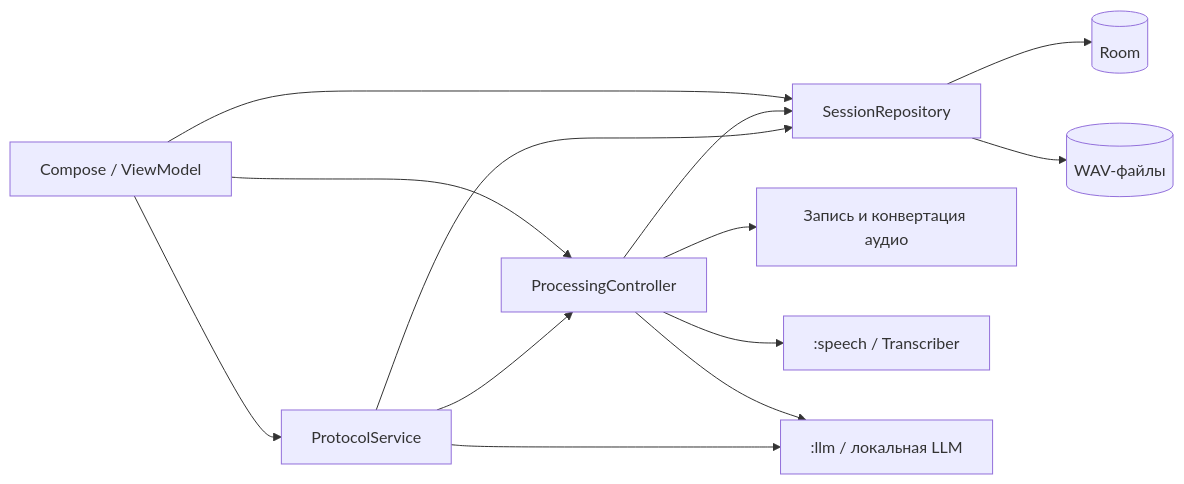
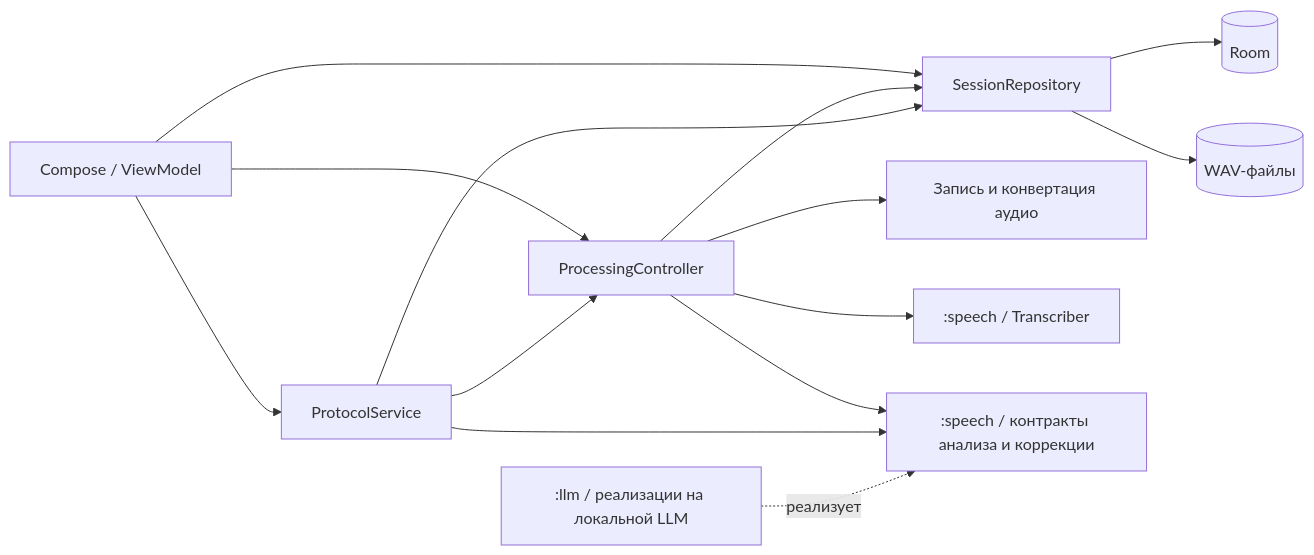
One commit to god4claw/onwin changed the first of 2 diagrams in docs/ARCHITECTURE_APP.md. Above: the diagram before and after it, drawn with Mermaid. The commit also changed other lines of this file and 2 other files, not shown here.

````diff
--- a/docs/ARCHITECTURE_APP.md
+++ b/docs/ARCHITECTURE_APP.md
@@ -34,15 +34,16 @@
 ```mermaid
 flowchart LR
     UI["Compose / ViewModel"] --> PC["ProcessingController"]
     UI --> PS["ProtocolService"]
     UI --> REPO["SessionRepository"]
     PC --> REPO
     PC --> AUDIO["Запись и конвертация аудио"]
     PC --> SPEECH[":speech / Transcriber"]
-    PC --> LLM[":llm / локальная LLM"]
+    PC --> TEXT[":speech / контракты анализа и коррекции"]
     PS --> PC
     PS --> REPO
-    PS --> LLM
+    PS --> TEXT
+    LLM[":llm / реализации на локальной LLM"] -. реализует .-> TEXT
     REPO --> ROOM[("Room")]
     REPO --> FILES[("WAV-файлы")]
 ```
````
